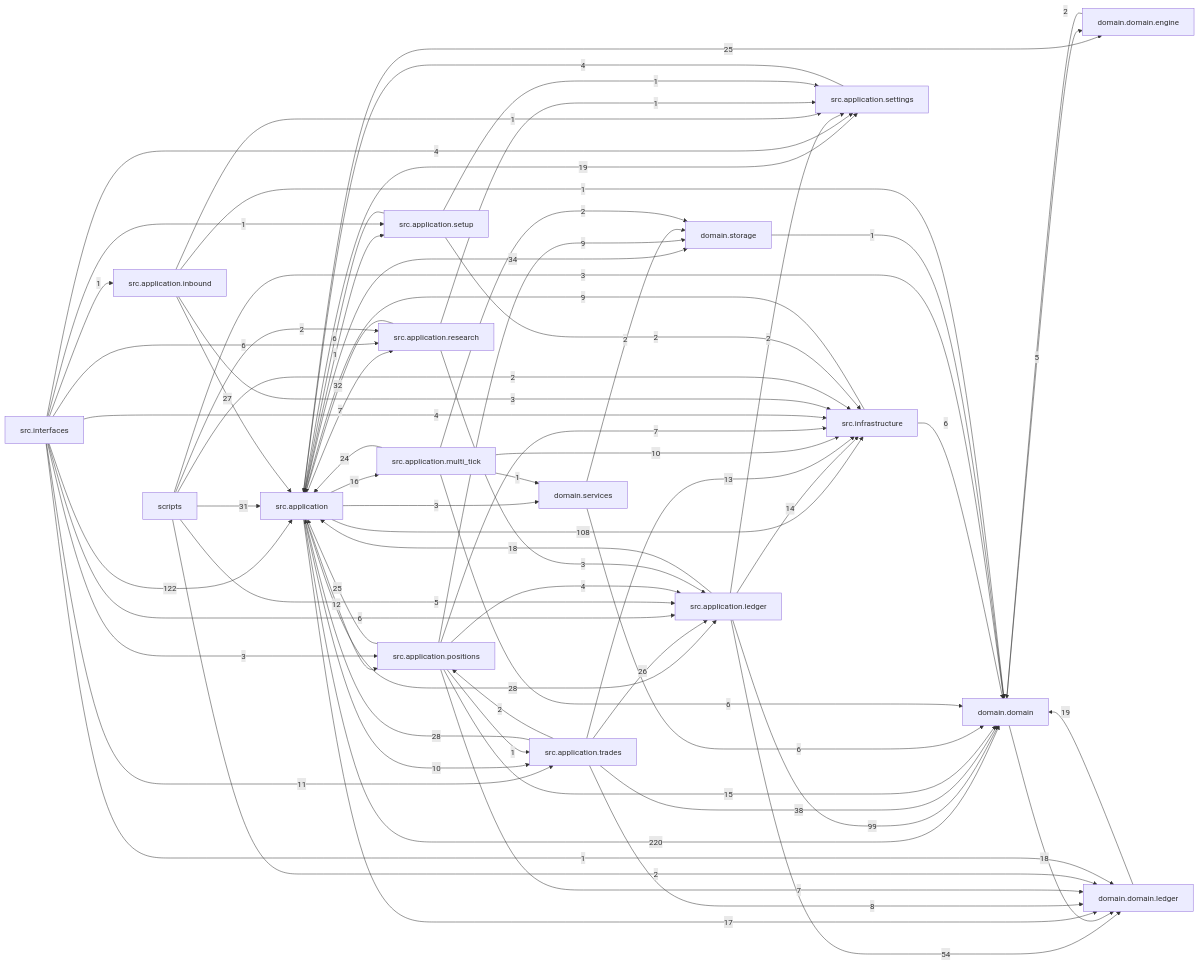
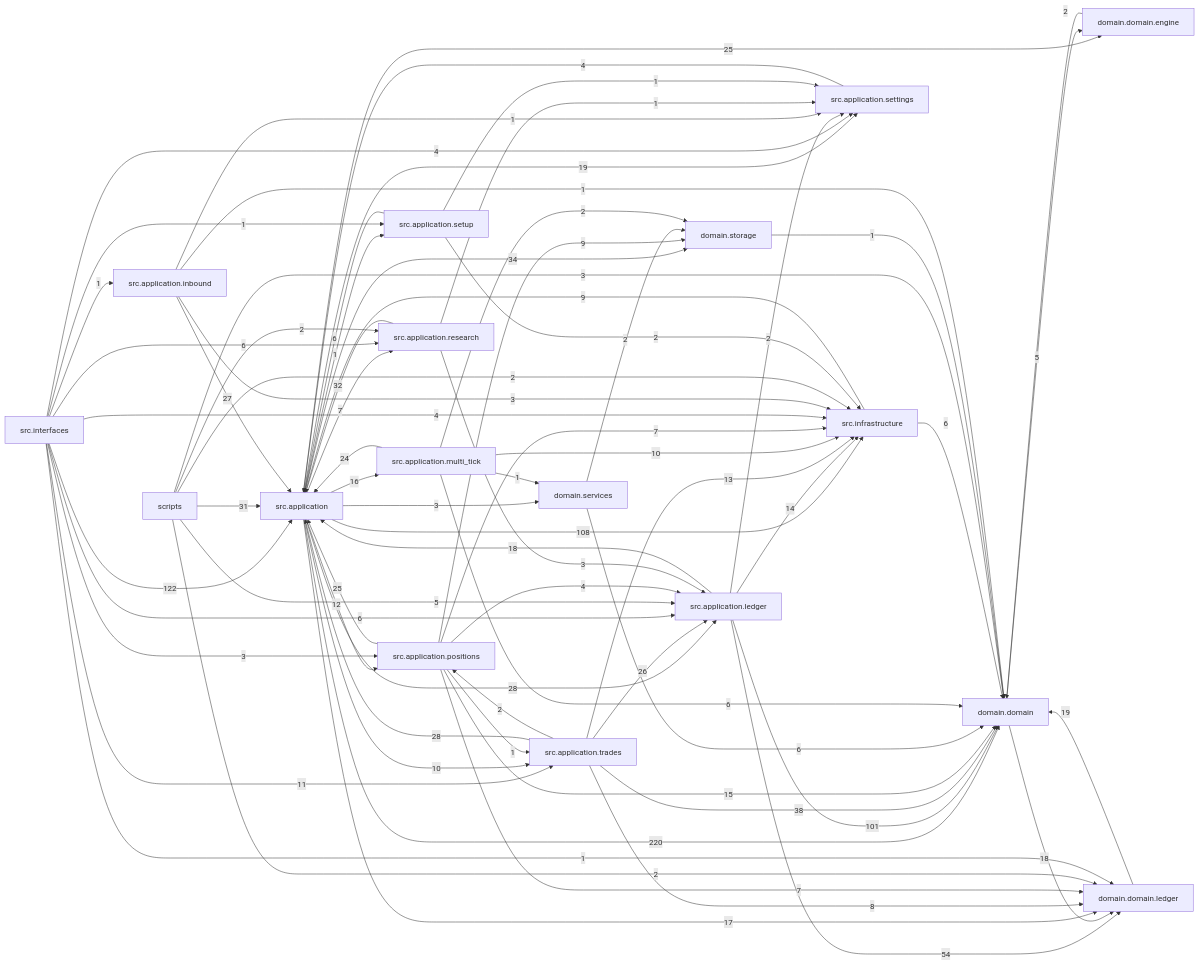
One commit to liuxie066/options-monitor changed the diagram in docs/dependency_graph.mmd. Above: the diagram before and after it, drawn with Mermaid. The commit also changed 12 other files, not shown here.

```diff
--- a/docs/dependency_graph.mmd
+++ b/docs/dependency_graph.mmd
@@ -1,73 +1,73 @@
 flowchart LR
   src_application["src.application"] -->|220| domain_domain["domain.domain"]
   src_interfaces["src.interfaces"] -->|122| src_application["src.application"]
   src_application["src.application"] -->|108| src_infrastructure["src.infrastructure"]
-  src_application_ledger["src.application.ledger"] -->|99| domain_domain["domain.domain"]
+  src_application_ledger["src.application.ledger"] -->|101| domain_domain["domain.domain"]
   src_application_ledger["src.application.ledger"] -->|54| domain_domain_ledger["domain.domain.ledger"]
   src_application_trades["src.application.trades"] -->|38| domain_domain["domain.domain"]
   src_application["src.application"] -->|34| domain_storage["domain.storage"]
   src_application_research["src.application.research"] -->|32| src_application["src.application"]
   scripts["scripts"] -->|31| src_application["src.application"]
   src_application["src.application"] -->|28| src_application_ledger["src.application.ledger"]
   src_application_trades["src.application.trades"] -->|28| src_application["src.application"]
   src_application_inbound["src.application.inbound"] -->|27| src_application["src.application"]
   src_application_trades["src.application.trades"] -->|26| src_application_ledger["src.application.ledger"]
   src_application["src.application"] -->|25| domain_domain_engine["domain.domain.engine"]
   src_application_positions["src.application.positions"] -->|25| src_application["src.application"]
   src_application_multi_tick["src.application.multi_tick"] -->|24| src_application["src.application"]
   domain_domain_ledger["domain.domain.ledger"] -->|19| domain_domain["domain.domain"]
   src_application["src.application"] -->|19| src_application_settings["src.application.settings"]
   domain_domain["domain.domain"] -->|18| domain_domain_ledger["domain.domain.ledger"]
   src_application_ledger["src.application.ledger"] -->|18| src_application["src.application"]
   src_application["src.application"] -->|17| domain_domain_ledger["domain.domain.ledger"]
   src_application["src.application"] -->|16| src_application_multi_tick["src.application.multi_tick"]
   src_application_positions["src.application.positions"] -->|15| domain_domain["domain.domain"]
   src_application_ledger["src.application.ledger"] -->|14| src_infrastructure["src.infrastructure"]
   src_application_trades["src.application.trades"] -->|13| src_infrastructure["src.infrastructure"]
   src_application["src.application"] -->|12| src_application_positions["src.application.positions"]
   src_interfaces["src.interfaces"] -->|11| src_application_trades["src.application.trades"]
   src_application["src.application"] -->|10| src_application_trades["src.application.trades"]
   src_application_multi_tick["src.application.multi_tick"] -->|10| src_infrastructure["src.infrastructure"]
   src_application_positions["src.application.positions"] -->|9| domain_storage["domain.storage"]
   src_infrastructure["src.infrastructure"] -->|9| src_application["src.application"]
   src_application_trades["src.application.trades"] -->|8| domain_domain_ledger["domain.domain.ledger"]
   src_application["src.application"] -->|7| src_application_research["src.application.research"]
   src_application_positions["src.application.positions"] -->|7| domain_domain_ledger["domain.domain.ledger"]
   src_application_positions["src.application.positions"] -->|7| src_infrastructure["src.infrastructure"]
   domain_services["domain.services"] -->|6| domain_domain["domain.domain"]
   src_application_multi_tick["src.application.multi_tick"] -->|6| domain_domain["domain.domain"]
   src_application_setup["src.application.setup"] -->|6| src_application["src.application"]
   src_infrastructure["src.infrastructure"] -->|6| domain_domain["domain.domain"]
   src_interfaces["src.interfaces"] -->|6| src_application_ledger["src.application.ledger"]
   src_interfaces["src.interfaces"] -->|6| src_application_research["src.application.research"]
   domain_domain["domain.domain"] -->|5| domain_domain_engine["domain.domain.engine"]
   scripts["scripts"] -->|5| src_application_ledger["src.application.ledger"]
   src_application_positions["src.application.positions"] -->|4| src_application_ledger["src.application.ledger"]
   src_application_settings["src.application.settings"] -->|4| src_application["src.application"]
   src_interfaces["src.interfaces"] -->|4| src_application_settings["src.application.settings"]
   src_interfaces["src.interfaces"] -->|4| src_infrastructure["src.infrastructure"]
   scripts["scripts"] -->|3| domain_domain["domain.domain"]
   src_application["src.application"] -->|3| domain_services["domain.services"]
   src_application_inbound["src.application.inbound"] -->|3| src_infrastructure["src.infrastructure"]
   src_application_research["src.application.research"] -->|3| src_application_ledger["src.application.ledger"]
   src_interfaces["src.interfaces"] -->|3| src_application_positions["src.application.positions"]
   domain_domain_engine["domain.domain.engine"] -->|2| domain_domain["domain.domain"]
   domain_services["domain.services"] -->|2| domain_storage["domain.storage"]
   scripts["scripts"] -->|2| domain_domain_ledger["domain.domain.ledger"]
   scripts["scripts"] -->|2| src_application_research["src.application.research"]
   scripts["scripts"] -->|2| src_infrastructure["src.infrastructure"]
   src_application_ledger["src.application.ledger"] -->|2| src_application_settings["src.application.settings"]
   src_application_multi_tick["src.application.multi_tick"] -->|2| domain_storage["domain.storage"]
   src_application_setup["src.application.setup"] -->|2| src_infrastructure["src.infrastructure"]
   src_application_trades["src.application.trades"] -->|2| src_application_positions["src.application.positions"]
   domain_storage["domain.storage"] -->|1| domain_domain["domain.domain"]
   src_application["src.application"] -->|1| src_application_setup["src.application.setup"]
   src_application_inbound["src.application.inbound"] -->|1| domain_domain["domain.domain"]
   src_application_inbound["src.application.inbound"] -->|1| src_application_settings["src.application.settings"]
   src_application_multi_tick["src.application.multi_tick"] -->|1| domain_services["domain.services"]
   src_application_positions["src.application.positions"] -->|1| src_application_trades["src.application.trades"]
   src_application_research["src.application.research"] -->|1| src_application_settings["src.application.settings"]
   src_application_setup["src.application.setup"] -->|1| src_application_settings["src.application.settings"]
   src_interfaces["src.interfaces"] -->|1| domain_domain_ledger["domain.domain.ledger"]
   src_interfaces["src.interfaces"] -->|1| src_application_inbound["src.application.inbound"]
   src_interfaces["src.interfaces"] -->|1| src_application_setup["src.application.setup"]
```
